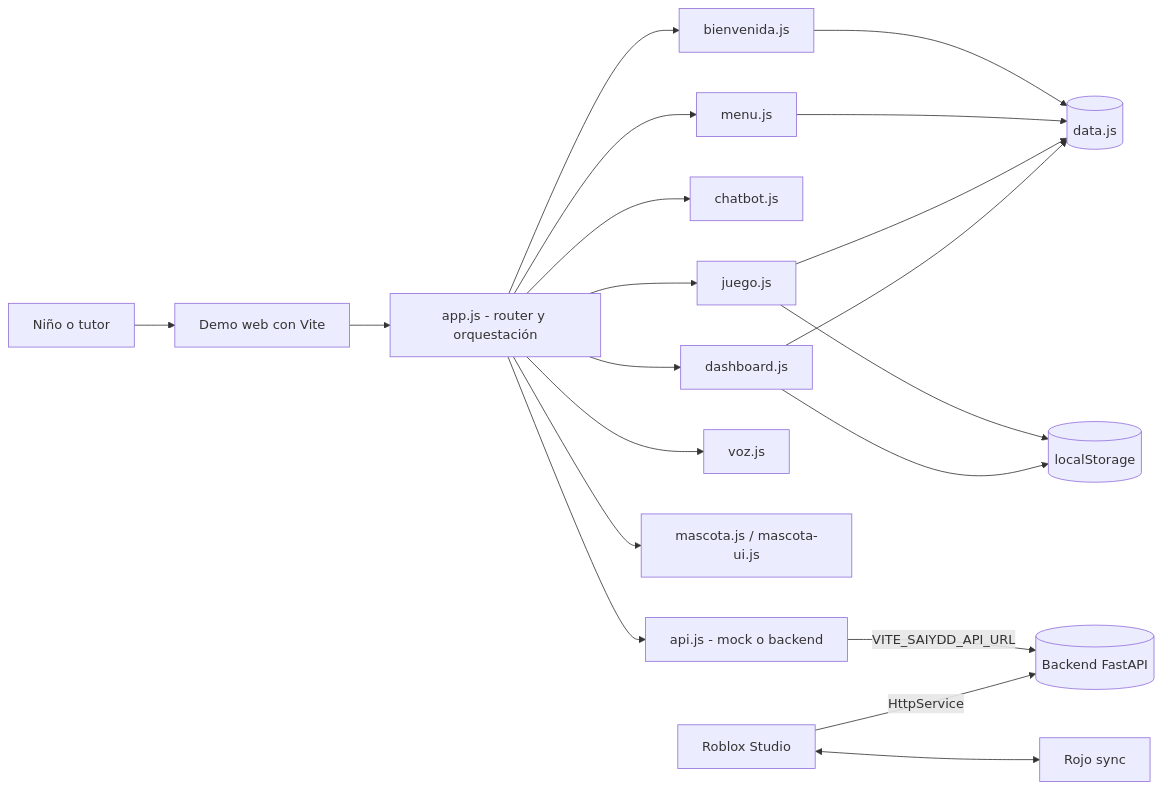
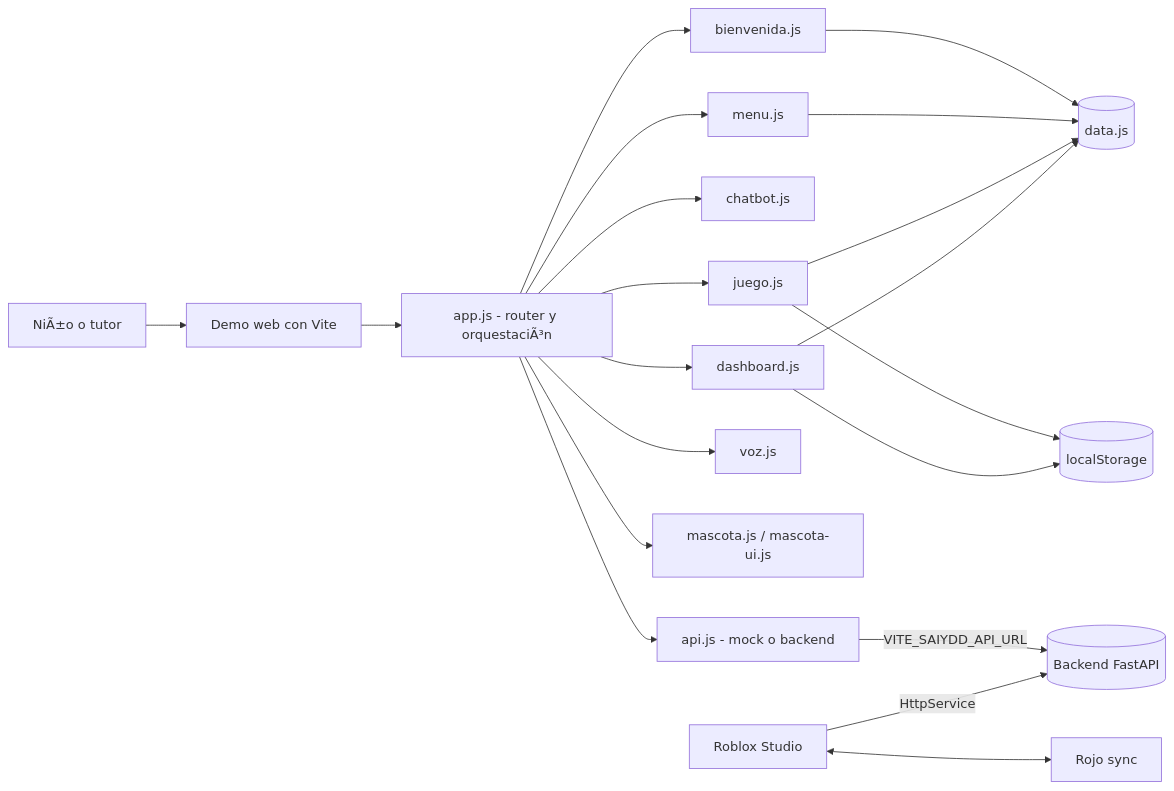
The first of 4 diagrams in README.md (gproatechnology/GProA_SAIyDD), drawn with Mermaid before and after one commit. The commit also changed other lines of this file and 2 other files, not shown here.

Commit message:
docs(security): complete item 8 (8.1-8.6) review + add secrets.example + update roadmap

````diff
--- a/README.md
+++ b/README.md
@@ -22,22 +22,22 @@
 ```mermaid
 flowchart LR
-    U[Niño o tutor] --> W[Demo web con Vite]
-    W --> A[app.js - router y orquestación]
+    U[NiÃ±o o tutor] --> W[Demo web con Vite]
+    W --> A[app.js - router y orquestaciÃ³n]
     A --> B[bienvenida.js]
     A --> M[menu.js]
     A --> C[chatbot.js]
     A --> J[juego.js]
     A --> G[dashboard.js]
     A --> V[voz.js]
     A --> P[mascota.js / mascota-ui.js]
     B --> D[(data.js)]
     M --> D
     J --> D
     G --> D
     J --> L[(localStorage)]
     G --> L
     A --> API[api.js - mock o backend]
     API -- VITE_SAIYDD_API_URL --> BE[(Backend FastAPI)]
     X[Roblox Studio] -- HttpService --> BE
     X <--> ROJO[Rojo sync]
 ```
````
